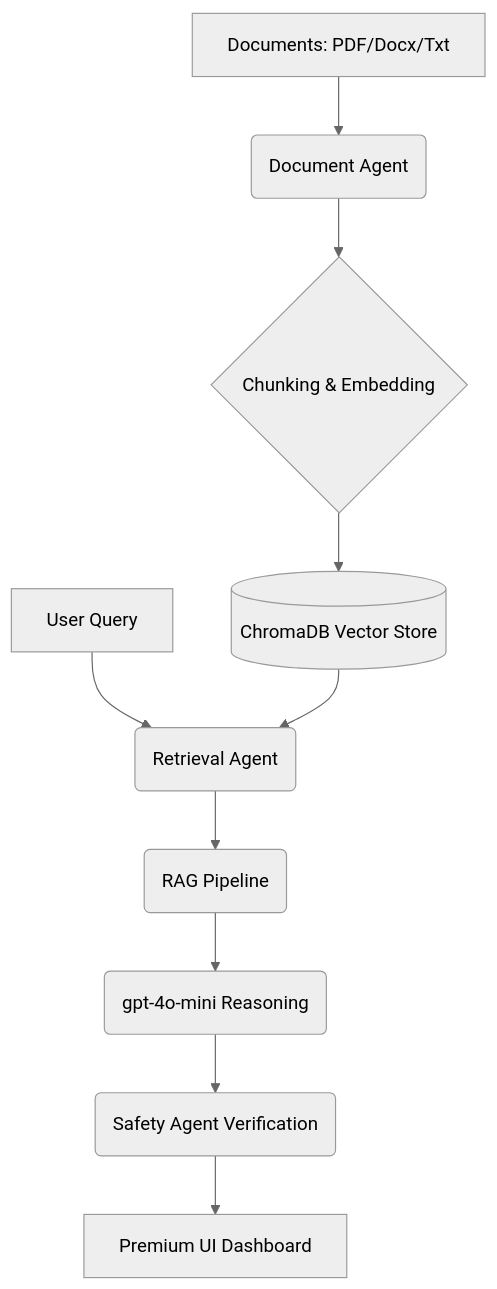
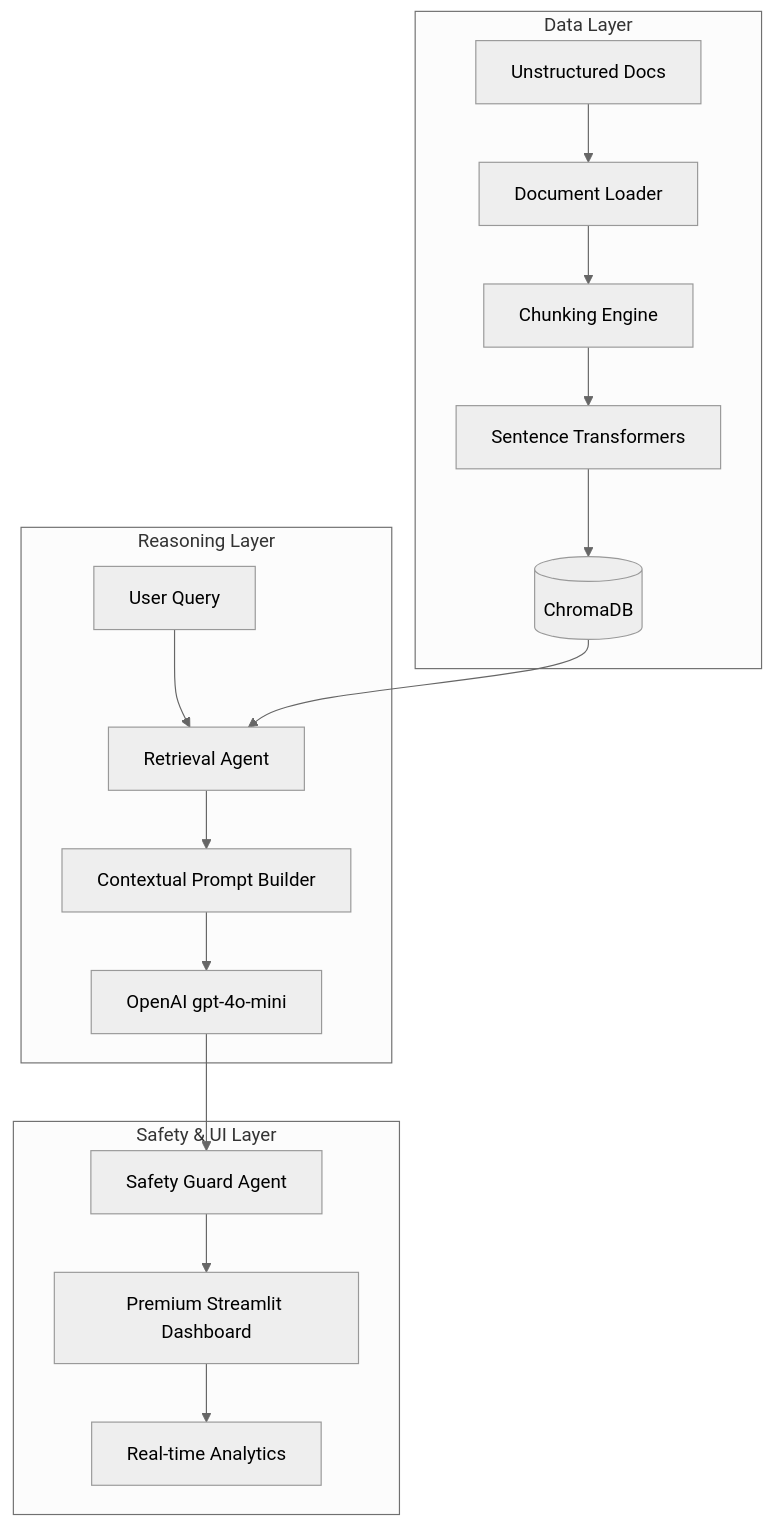
One commit to animusehsan-sketch/parsuma-ai-platform changed the diagram in README.md. Above: the diagram before and after it, drawn with Mermaid (neutral theme). The commit also changed other lines of this file, not shown here.

Commit message:
Enhance README with Master's project details and architecture

````diff
--- a/README.md
+++ b/README.md
@@ -40,12 +43,22 @@
 ```mermaid
 graph TD
-    A[Documents: PDF/Docx/Txt] --> B(Document Agent)
-    B --> C{Chunking & Embedding}
-    C --> D[(ChromaDB Vector Store)]
-    E[User Query] --> F(Retrieval Agent)
-    D --> F
-    F --> G(RAG Pipeline)
-    G --> H(gpt-4o-mini Reasoning)
-    H --> I(Safety Agent Verification)
-    I --> J[Premium UI Dashboard]
+    subgraph "Data Layer"
+        DOCS[Unstructured Docs] --> LOAD[Document Loader]
+        LOAD --> CHUNK[Chunking Engine]
+        CHUNK --> EMBED[Sentence Transformers]
+        EMBED --> VDB[(ChromaDB)]
+    end
+
+    subgraph "Reasoning Layer"
+        QUERY[User Query] --> RET[Retrieval Agent]
+        VDB --> RET
+        RET --> PROMPT[Contextual Prompt Builder]
+        PROMPT --> LLM[OpenAI gpt-4o-mini]
+    end
+
+    subgraph "Safety & UI Layer"
+        LLM --> SAFE[Safety Guard Agent]
+        SAFE --> UI[Premium Streamlit Dashboard]
+        UI --> ANALYTICS[Real-time Analytics]
+    end
 ```
````
